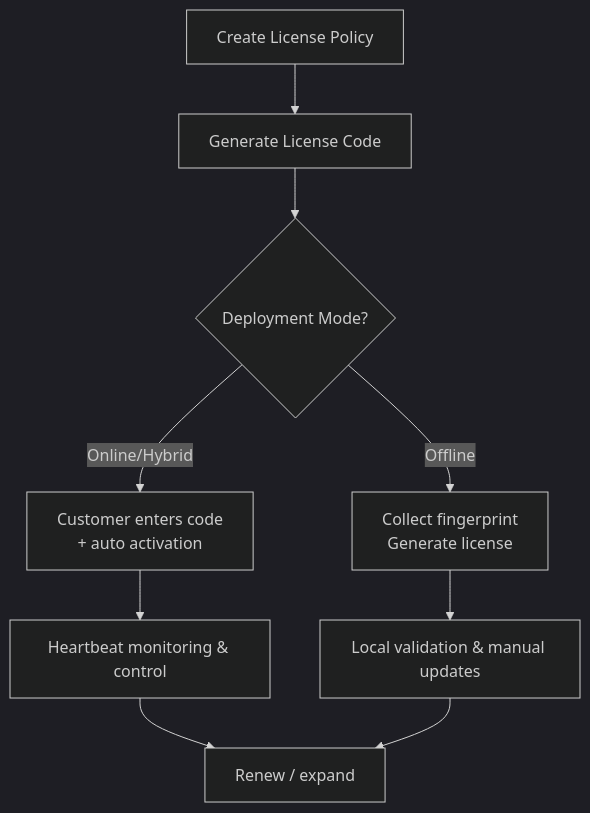
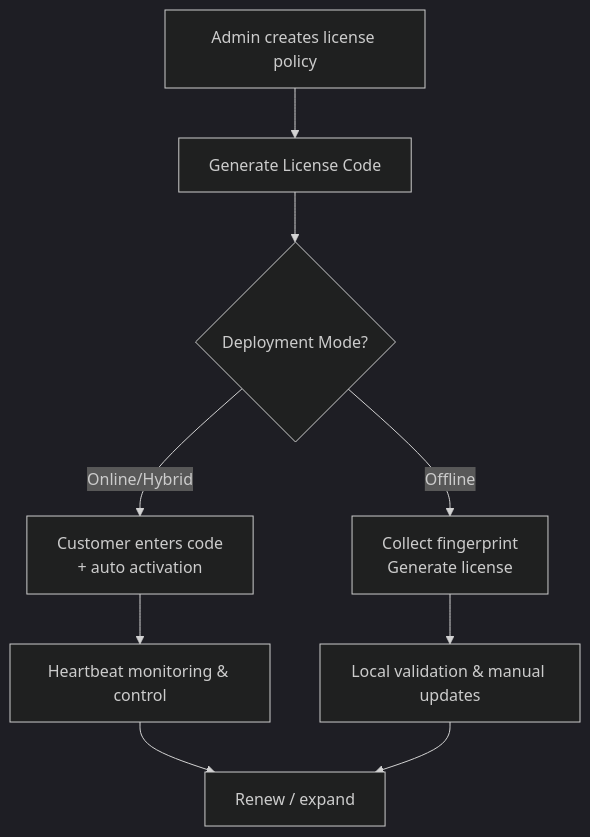
The first of 2 diagrams in docs/en/guide/operating_guide.md (cedar-v/license-manager-docs), drawn with Mermaid (dark theme) before and after one commit. The commit also changed other lines of this file and 8 other files, not shown here.

````diff
--- a/docs/en/guide/operating_guide.md
+++ b/docs/en/guide/operating_guide.md
@@ -16,11 +20,11 @@
 ```mermaid
 graph TD
-    A[Create License Policy] --> B[Generate License Code]
+    A[Admin creates license policy] --> B[Generate License Code]
     B --> C{Deployment Mode?}
     C -->|Online/Hybrid| D[Customer enters code<br/>+ auto activation]
     C -->|Offline| E[Collect fingerprint<br/>Generate license]
     D --> F[Heartbeat monitoring & control]
     E --> G[Local validation & manual updates]
     F --> H[Renew / expand]
     G --> H
 ```
````
